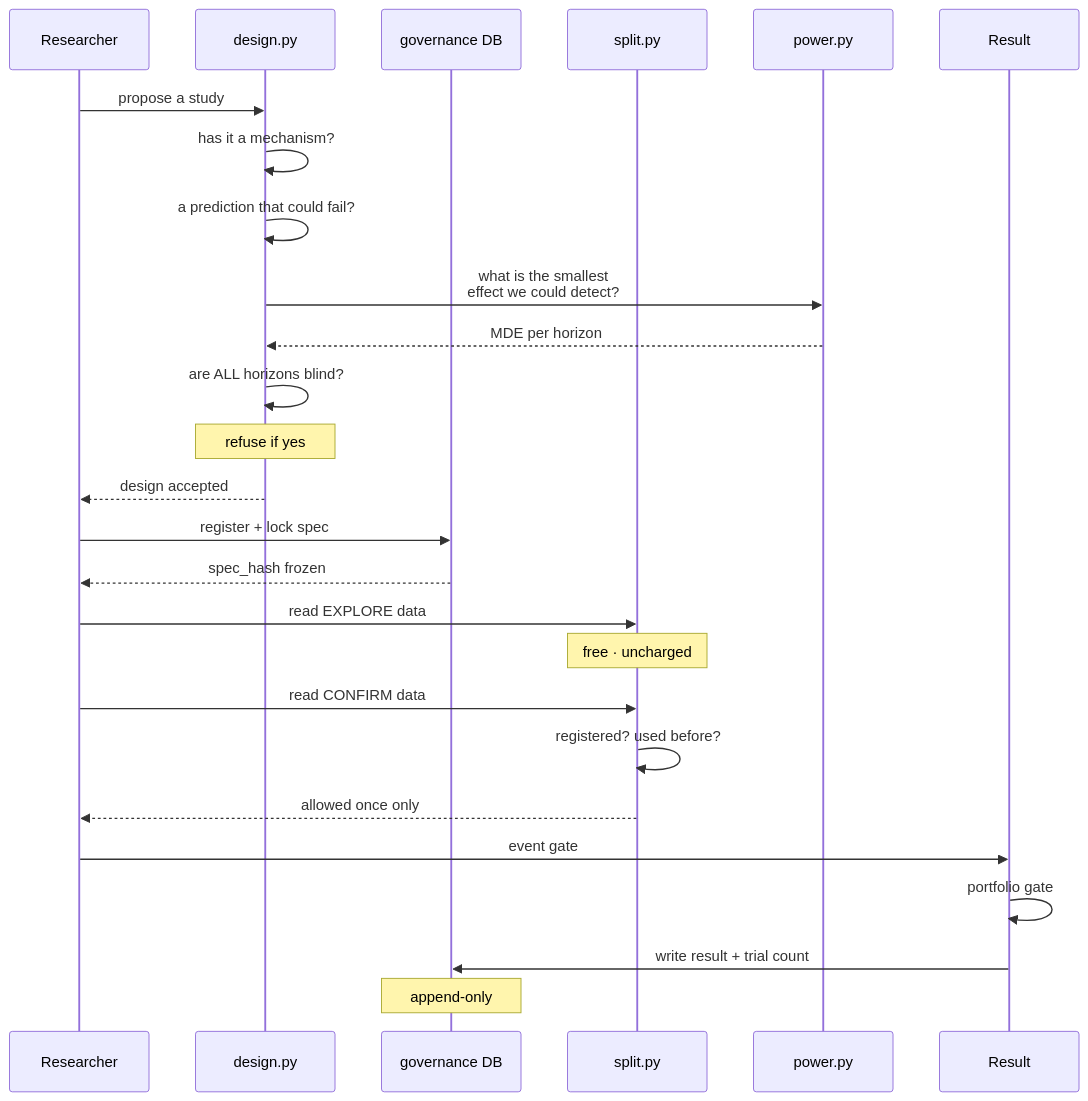
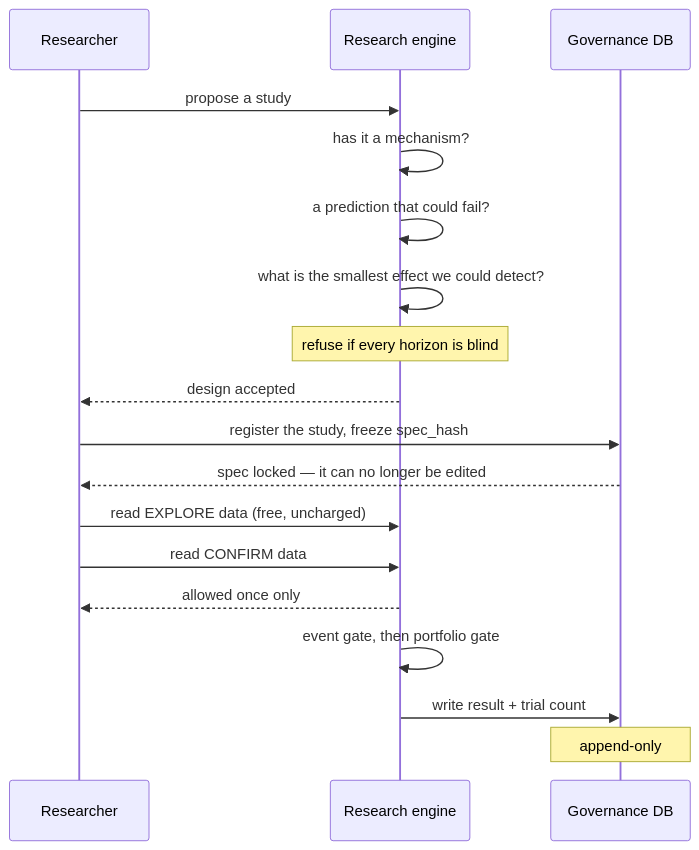
Before and after one commit to markandeyavarma3-lab/MICC_V3: the fourth of 4 diagrams in docs/report/PROJECT_REPORT.md, drawn with Mermaid. The commit also changed other lines of this file and 3 other files, not shown here.

First line of the commit message:
report: size the diagrams for the reader, not just the pixel count

````diff
--- a/docs/report/PROJECT_REPORT.md
+++ b/docs/report/PROJECT_REPORT.md
@@ -727,29 +686,21 @@
 ```mermaid
 sequenceDiagram
   participant A as Researcher
-  participant D as design.py
-  participant G as governance DB
-  participant S as split.py
-  participant P as power.py
-  participant R as Result
+  participant E as Research engine
+  participant G as Governance DB
 
-  A->>D: propose a study
-  D->>D: has it a mechanism?
-  D->>D: a prediction that could fail?
-  D->>P: what is the smallest<br/>effect we could detect?
-  P-->>D: MDE per horizon
-  D->>D: are ALL horizons blind?
-  Note over D: refuse if yes
-  D-->>A: design accepted
-  A->>G: register + lock spec
-  G-->>A: spec_hash frozen
-  A->>S: read EXPLORE data
-  Note over S: free · uncharged
-  A->>S: read CONFIRM data
-  S->>S: registered? used before?
-  S-->>A: allowed once only
-  A->>R: event gate
-  R->>R: portfolio gate
-  R->>G: write result + trial count
+  A->>E: propose a study
+  E->>E: has it a mechanism?
+  E->>E: a prediction that could fail?
+  E->>E: what is the smallest effect we could detect?
+  Note over E: refuse if every horizon is blind
+  E-->>A: design accepted
+  A->>G: register the study, freeze spec_hash
+  G-->>A: spec locked — it can no longer be edited
+  A->>E: read EXPLORE data (free, uncharged)
+  A->>E: read CONFIRM data
+  E-->>A: allowed once only
+  E->>E: event gate, then portfolio gate
+  E->>G: write result + trial count
   Note over G: append-only
 ```
````
